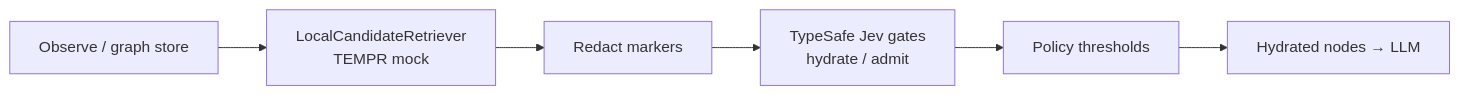
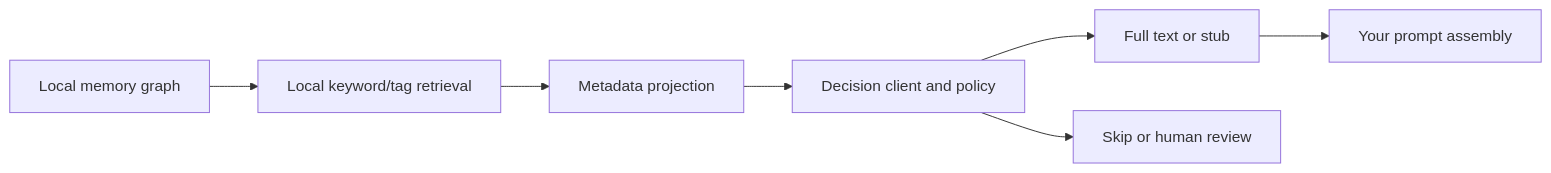
The diagram in README.md (leonininder/remember-me), drawn with Mermaid before and after one commit. The commit also changed other lines of this file and 23 other files, not shown here.

````diff
--- a/README.md
+++ b/README.md
@@ -83,8 +115,9 @@
 ```mermaid
 flowchart LR
-  O[Observe / graph store] --> R[LocalCandidateRetriever<br/>TEMPR mock]
-  R --> X[Redact markers]
-  X --> J[TypeSafe Jev gates<br/>hydrate / admit]
-  J --> P[Policy thresholds]
-  P --> H[Hydrated nodes → LLM]
+  A[Local memory graph] --> B[Local keyword/tag retrieval]
+  B --> C[Metadata projection]
+  C --> D[Decision client and policy]
+  D --> E[Full text or stub]
+  D --> F[Skip or human review]
+  E --> G[Your prompt assembly]
 ```
````
